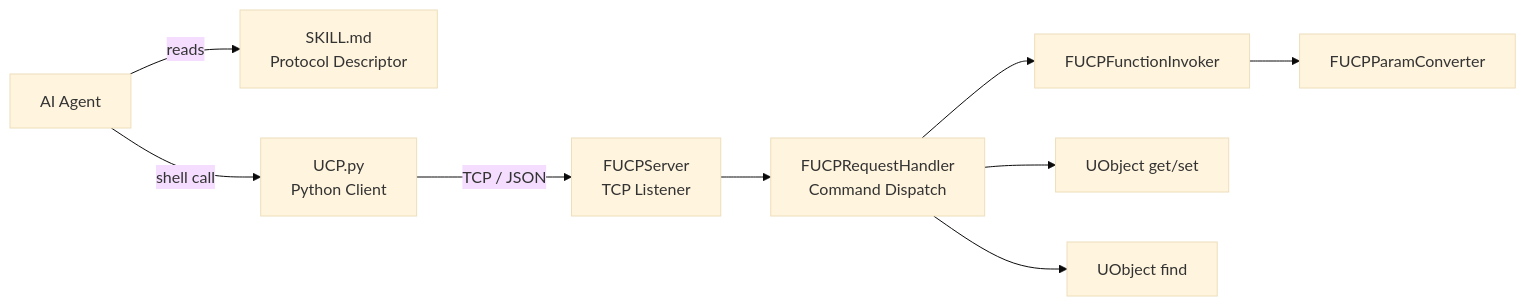
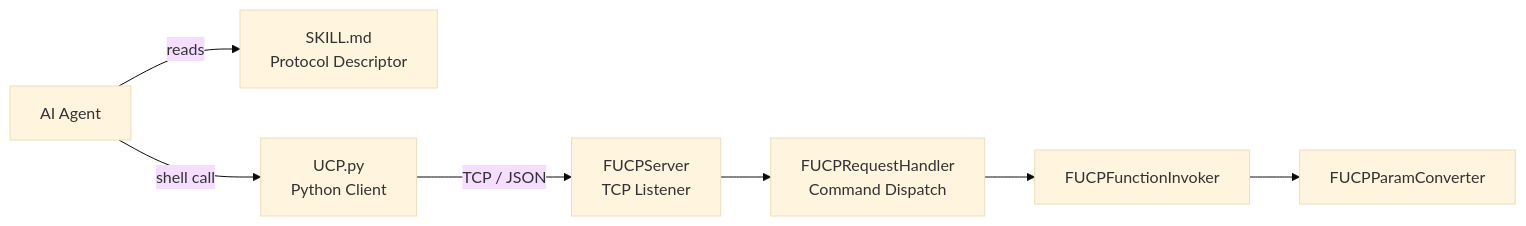
Before and after one commit to venetianglassmaking858/UnrealClientProtocol: the second of 3 diagrams in README.md, drawn with Mermaid (base theme). The commit also changed other lines of this file, not shown here.

````diff
--- a/README.md
+++ b/README.md
@@ -46,21 +138,17 @@
 ```mermaid
 flowchart LR
     Agent["AI Agent"]
     Skill["SKILL.md<br/>Protocol Descriptor"]
     Python["UCP.py<br/>Python Client"]
     Server["FUCPServer<br/>TCP Listener"]
     Handler["FUCPRequestHandler<br/>Command Dispatch"]
     Invoker["FUCPFunctionInvoker"]
-    PropRW["UObject get/set"]
-    Finder["UObject find"]
     Converter["FUCPParamConverter"]
 
     Agent -- "reads" --> Skill
     Agent -- "shell call" --> Python
     Python -- "TCP / JSON" --> Server
     Server --> Handler
     Handler --> Invoker
-    Handler --> PropRW
-    Handler --> Finder
     Invoker --> Converter
 ```
````
